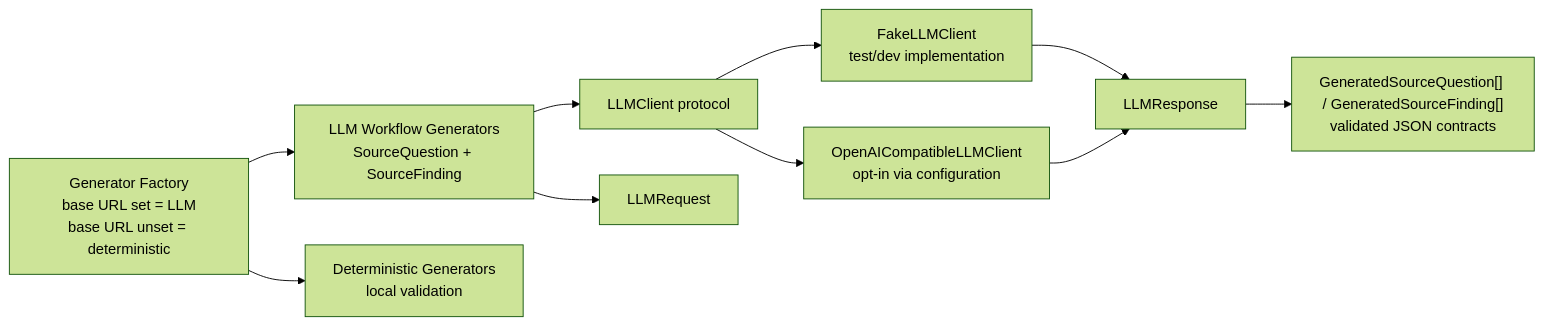
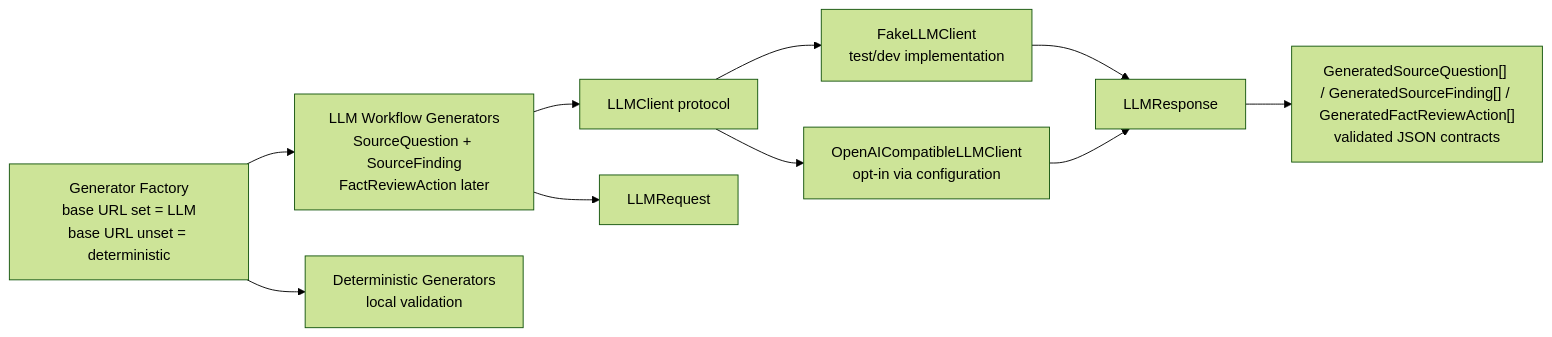
Before and after one commit to rsauers0/career-agent: the seventh of 8 diagrams in docs/diagrams.md, drawn with Mermaid (forest theme). The commit also changed other lines of this file and 13 other files, not shown here.

First line of the commit message:
Add fact review action generation

````diff
--- a/docs/diagrams.md
+++ b/docs/diagrams.md
@@ -224,22 +227,22 @@
 ```mermaid
 flowchart LR
-    WorkflowGenerator["LLM Workflow Generators<br/>SourceQuestion + SourceFinding"]
+    WorkflowGenerator["LLM Workflow Generators<br/>SourceQuestion + SourceFinding<br/>FactReviewAction later"]
     Factory["Generator Factory<br/>base URL set = LLM<br/>base URL unset = deterministic"]
     Deterministic["Deterministic Generators<br/>local validation"]
     LLMClient["LLMClient protocol"]
     FakeClient["FakeLLMClient<br/>test/dev implementation"]
     OpenAIClient["OpenAICompatibleLLMClient<br/>opt-in via configuration"]
     Request["LLMRequest"]
     Response["LLMResponse"]
-    Contract["GeneratedSourceQuestion[] / GeneratedSourceFinding[]<br/>validated JSON contracts"]
+    Contract["GeneratedSourceQuestion[] / GeneratedSourceFinding[] / GeneratedFactReviewAction[]<br/>validated JSON contracts"]
 
     Factory --> Deterministic
     Factory --> WorkflowGenerator
     WorkflowGenerator --> Request
     WorkflowGenerator --> LLMClient
     LLMClient --> FakeClient
     LLMClient --> OpenAIClient
     FakeClient --> Response
     OpenAIClient --> Response
     Response --> Contract
 ```
````
